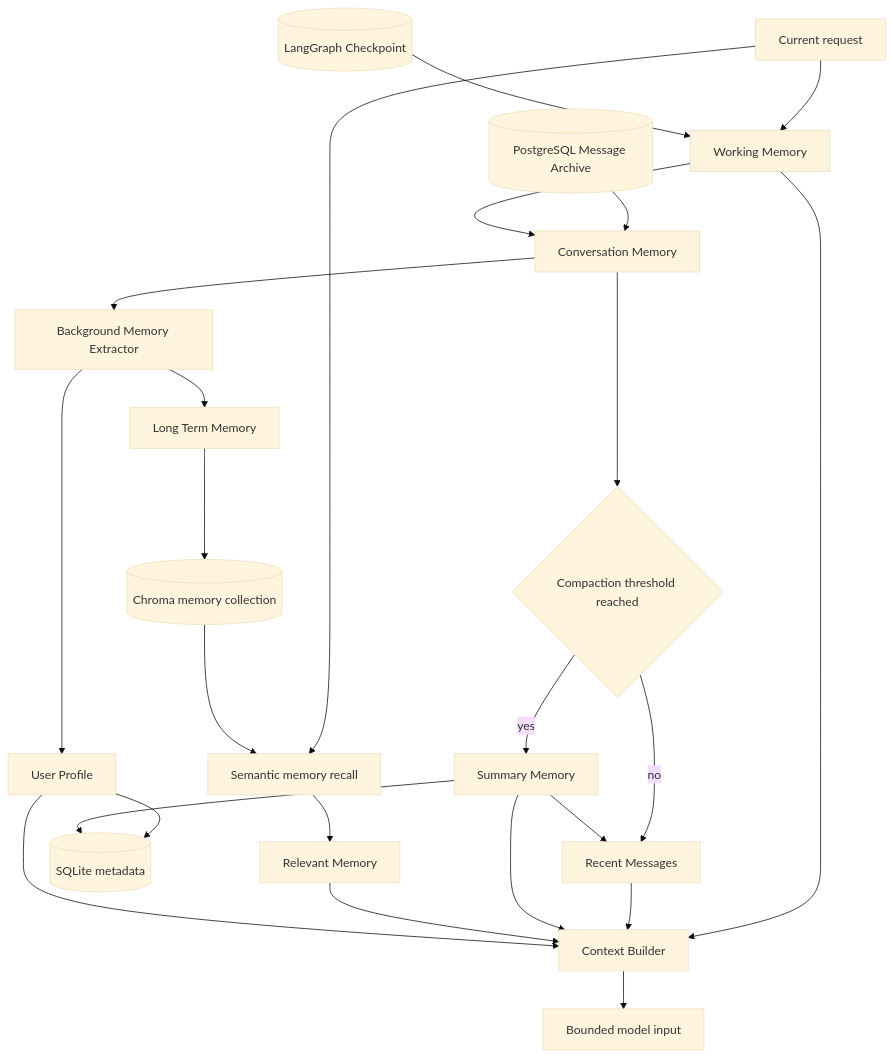
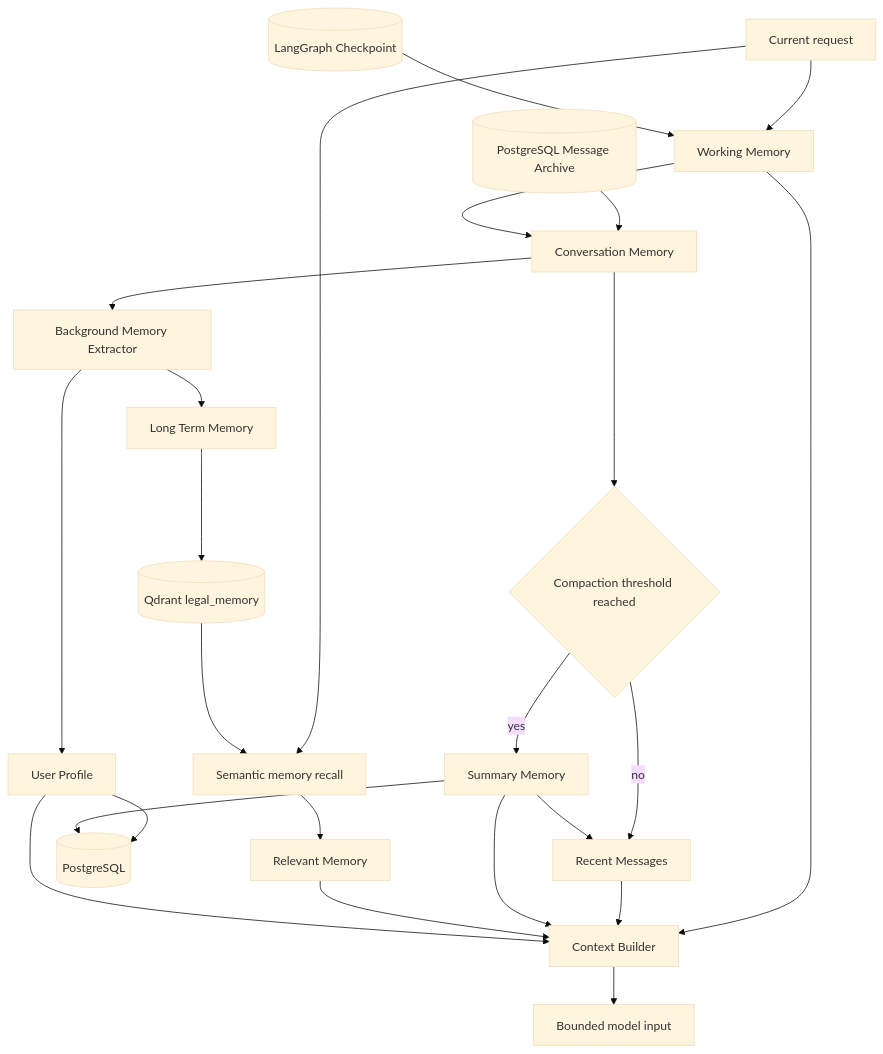
One commit to uuo00n/lexcore-legal-agent changed the first of 2 diagrams in docs/architecture/memory.md. Above: the diagram before and after it, drawn with Mermaid (base theme). The commit also changed other lines of this file and 28 other files, not shown here.

````diff
--- a/docs/architecture/memory.md
+++ b/docs/architecture/memory.md
@@ -8,30 +8,30 @@
 ```mermaid
 flowchart TB
     Request[Current request] --> Working[Working Memory]
     Checkpoint[(LangGraph Checkpoint)] --> Working
     Archive[(PostgreSQL Message Archive)] --> Conversation[Conversation Memory]
     Working --> Conversation
 
     Conversation --> Compact{Compaction threshold reached}
     Compact -->|yes| Summary[Summary Memory]
     Compact -->|no| Recent[Recent Messages]
     Summary --> Recent
 
     Conversation --> Extract[Background Memory Extractor]
     Extract --> Profile[User Profile]
     Extract --> LongTerm[Long Term Memory]
-    LongTerm --> MemoryVector[(Chroma memory collection)]
-    Profile --> Meta[(SQLite metadata)]
+    LongTerm --> MemoryVector[(Qdrant legal_memory)]
+    Profile --> Meta[(PostgreSQL)]
     Summary --> Meta
 
     Request --> Recall[Semantic memory recall]
     MemoryVector --> Recall
     Recall --> Relevant[Relevant Memory]
 
     Working --> Builder[Context Builder]
     Recent --> Builder
     Summary --> Builder
     Relevant --> Builder
     Profile --> Builder
     Builder --> Model[Bounded model input]
 ```
````
